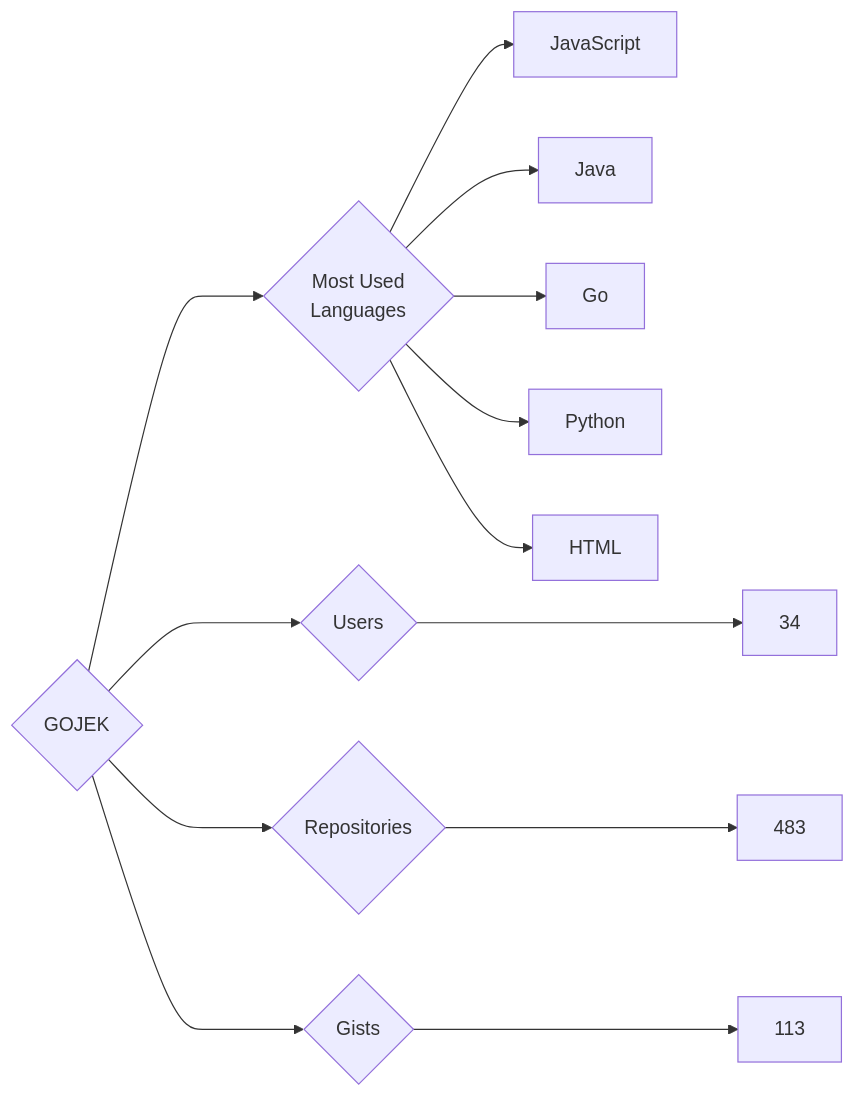
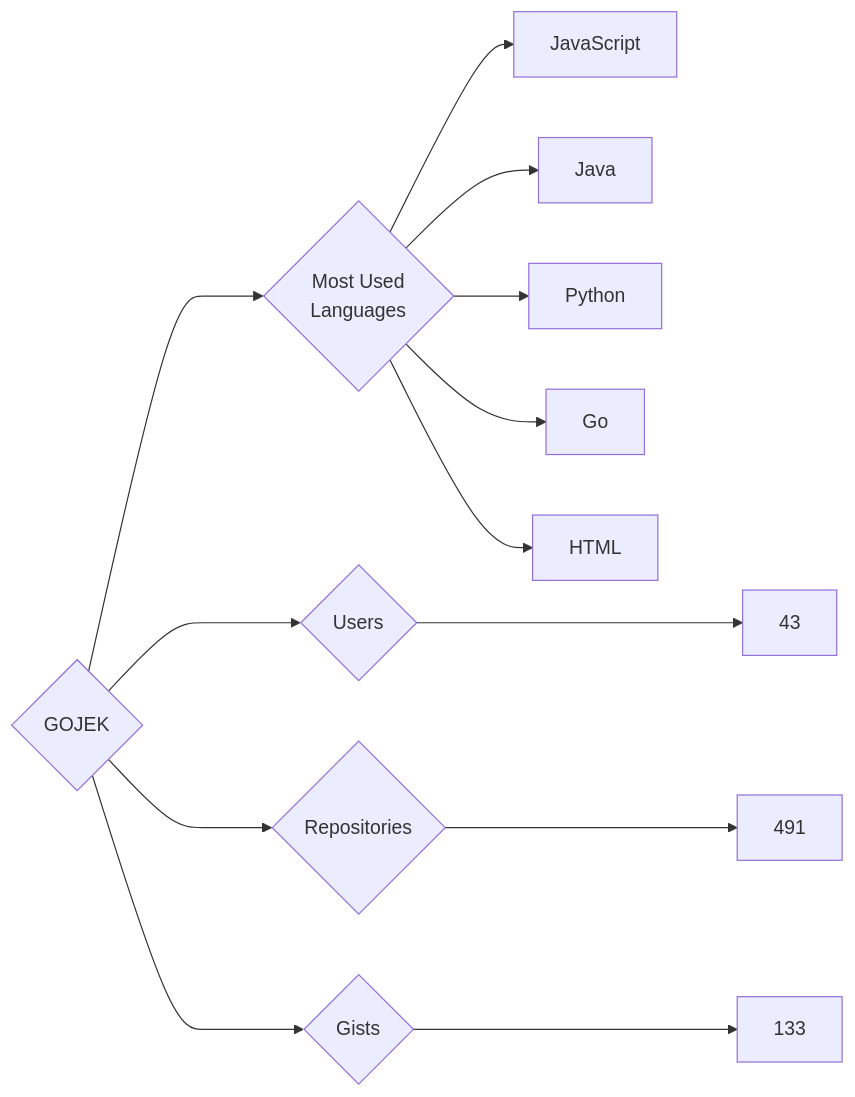
The diagram in targets/GOJEK/README.md (trickest/insiders), drawn with Mermaid before and after one commit. The commit also changed 757 other files, not shown here.

````diff
--- a/targets/GOJEK/README.md
+++ b/targets/GOJEK/README.md
@@ -3,13 +3,13 @@
 ```mermaid
 graph LR
 COMPANY_NAME{GOJEK}
-COMPANY_NAME ---> U{Users} ---> UN[34]
-COMPANY_NAME ---> R{Repositories} ---> RN[483]
-COMPANY_NAME ---> G{Gists} ---> GN[113]
+COMPANY_NAME ---> U{Users} ---> UN[43]
+COMPANY_NAME ---> R{Repositories} ---> RN[491]
+COMPANY_NAME ---> G{Gists} ---> GN[133]
 COMPANY_NAME ---> ML{Most Used<br>Languages}
 ML --> JavaScript[JavaScript]
 ML --> Java[Java]
+ML --> Python[Python]
 ML --> Go[Go]
-ML --> Python[Python]
 ML --> HTML[HTML]
 ```
````
